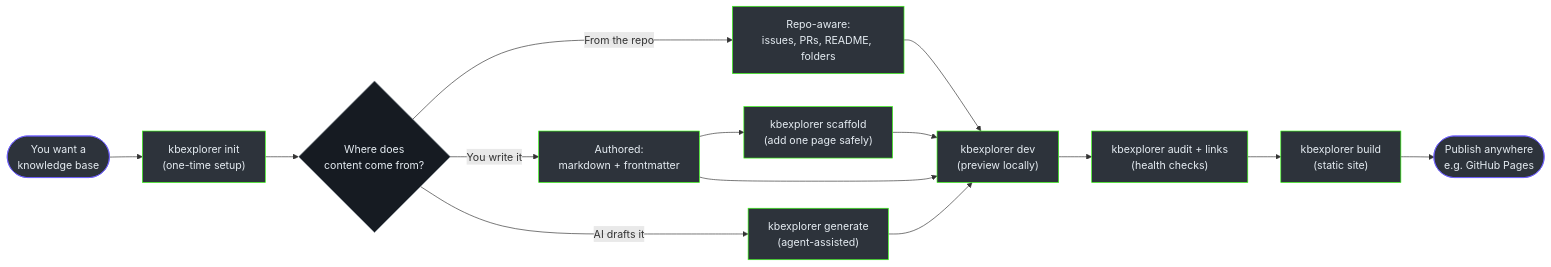
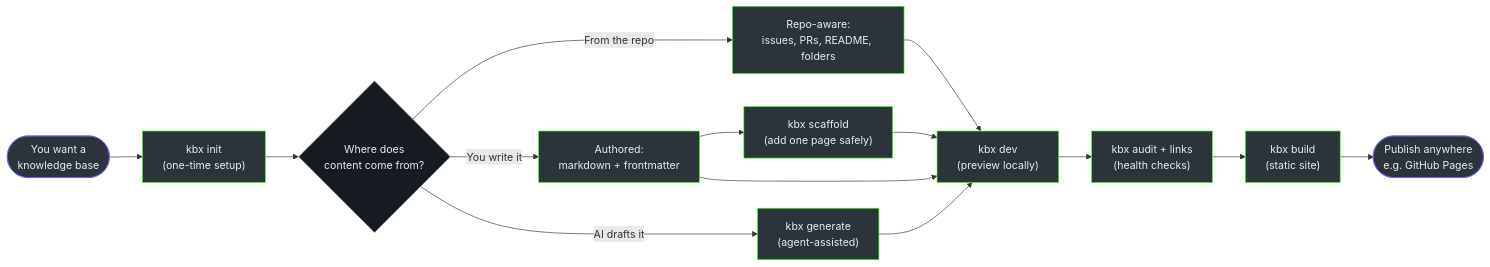
One commit to anokye-labs/kbexplorer-cli changed the first of 3 diagrams in docs/onboarding/author-guide.md. Above: the diagram before and after it, drawn with Mermaid. The commit also changed other lines of this file and 150 other files, not shown here.

First line of the commit message:
rename: kbexplorer CLI → kbx (#128)

````diff
--- a/docs/onboarding/author-guide.md
+++ b/docs/onboarding/author-guide.md
@@ -30,20 +30,20 @@
 ```mermaid
 graph LR
-    A([You want a<br>knowledge base]):::a --> B["kbexplorer init<br>(one-time setup)"]:::s
+    A([You want a<br>knowledge base]):::a --> B["kbx init<br>(one-time setup)"]:::s
     B --> C{"Where does<br>content come from?"}:::d
     C -->|From the repo| F["Repo-aware:<br>issues, PRs, README, folders"]:::s
     C -->|You write it| G["Authored:<br>markdown + frontmatter"]:::s
-    C -->|AI drafts it| H["kbexplorer generate<br>(agent-assisted)"]:::s
-    G --> G2["kbexplorer scaffold<br>(add one page safely)"]:::s
-    F --> P["kbexplorer dev<br>(preview locally)"]:::s
+    C -->|AI drafts it| H["kbx generate<br>(agent-assisted)"]:::s
+    G --> G2["kbx scaffold<br>(add one page safely)"]:::s
+    F --> P["kbx dev<br>(preview locally)"]:::s
     G2 --> P
     G --> P
     H --> P
-    P --> Q["kbexplorer audit + links<br>(health checks)"]:::s
-    Q --> R["kbexplorer build<br>(static site)"]:::s
+    P --> Q["kbx audit + links<br>(health checks)"]:::s
+    Q --> R["kbx build<br>(static site)"]:::s
     R --> S([Publish anywhere<br>e.g. GitHub Pages]):::a
 
     classDef a fill:#2d333b,stroke:#6d5dfc,color:#e6edf3
     classDef s fill:#2d333b,stroke:#39FF14,color:#e6edf3
     classDef d fill:#161b22,stroke:#8b949e,color:#e6edf3
 ```
````
